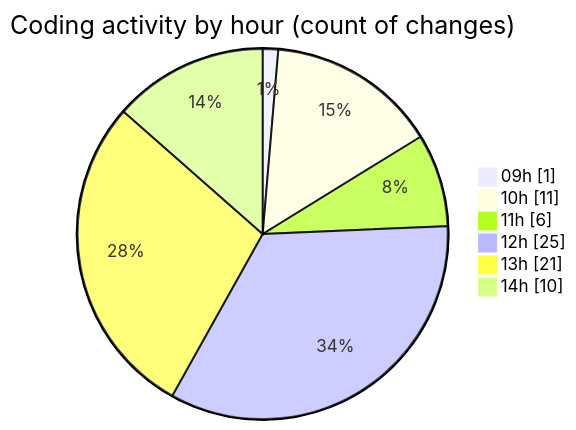
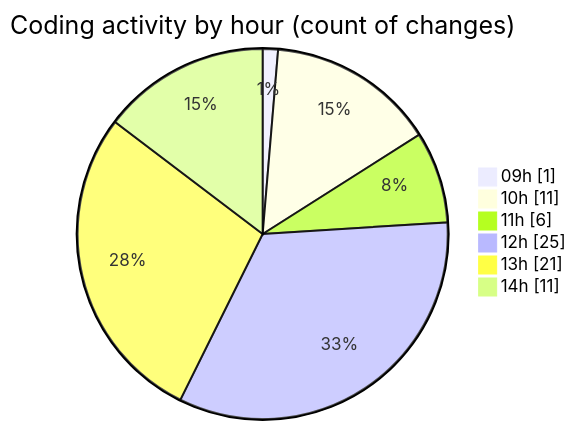
The second of 2 diagrams in 2026-09-28/cda/README.md (momahboobian/code-tracking), drawn with Mermaid before and after one commit. The commit also changed other lines of this file and 1 other file, not shown here.

````diff
--- a/2026-09-28/cda/README.md
+++ b/2026-09-28/cda/README.md
@@ -58,10 +58,10 @@
 ```mermaid
 pie showData
 title Coding activity by hour (count of changes)
 "09h" : 1
 "10h" : 11
 "11h" : 6
 "12h" : 25
 "13h" : 21
-"14h" : 10
+"14h" : 11
 ```
````
